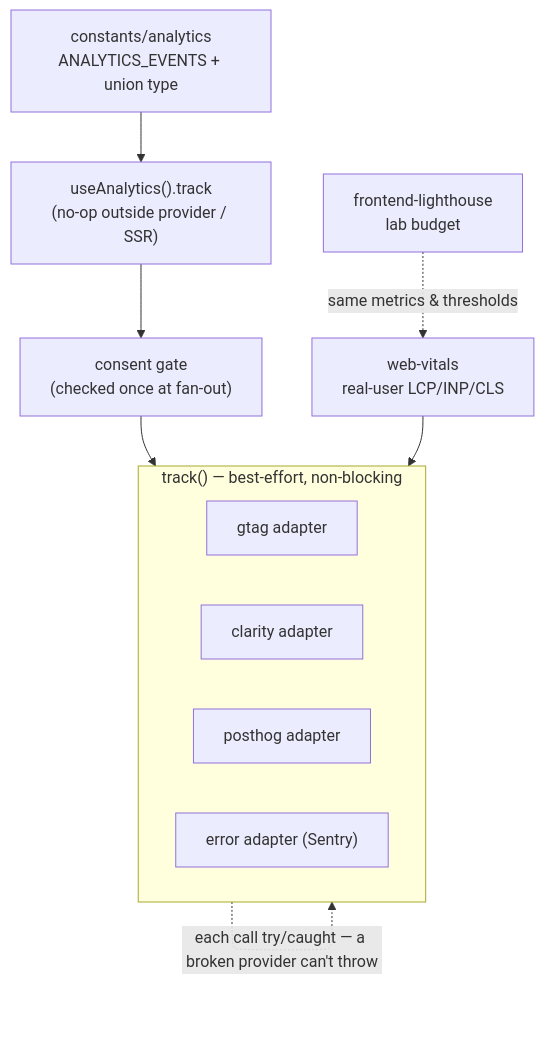
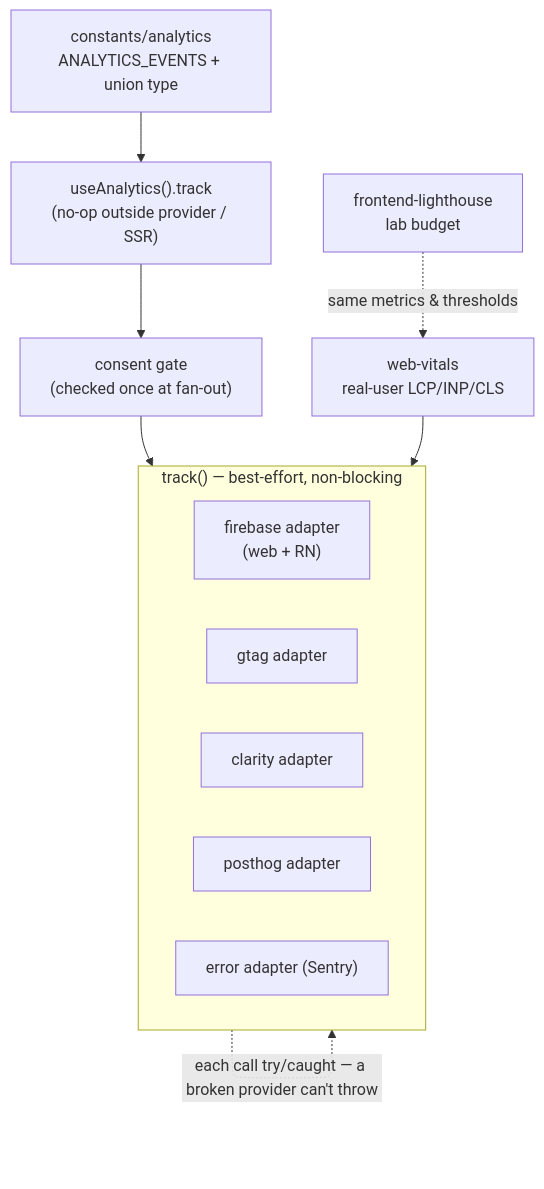
Before and after one commit to stareezy-1/frontend-architecture-skill: the tenth of 10 diagrams in README.md, drawn with Mermaid. The commit also changed other lines of this file and 1 other file, not shown here.

First line of the commit message:
feat(observability): add Firebase Analytics support (web + React Native)

````diff
--- a/README.md
+++ b/README.md
@@ -428,20 +428,21 @@
 ```mermaid
 graph TD
     Const["constants/analytics<br/>ANALYTICS_EVENTS + union type"]
     Hook["useAnalytics().track<br/>(no-op outside provider / SSR)"]
     Consent["consent gate<br/>(checked once at fan-out)"]
     Vitals["web-vitals<br/>real-user LCP/INP/CLS"]
 
     subgraph FanOut["track() — best-effort, non-blocking"]
         direction LR
+        FB["firebase adapter<br/>(web + RN)"]
         GA["gtag adapter"]
         Clarity["clarity adapter"]
         PH["posthog adapter"]
         Err["error adapter (Sentry)"]
     end
 
     Const --> Hook --> Consent --> FanOut
     Vitals --> FanOut
     FanOut -.->|"each call try/caught — a broken provider can't throw"| FanOut
     Lab["frontend-lighthouse<br/>lab budget"] -. "same metrics & thresholds" .-> Vitals
 ```
````
